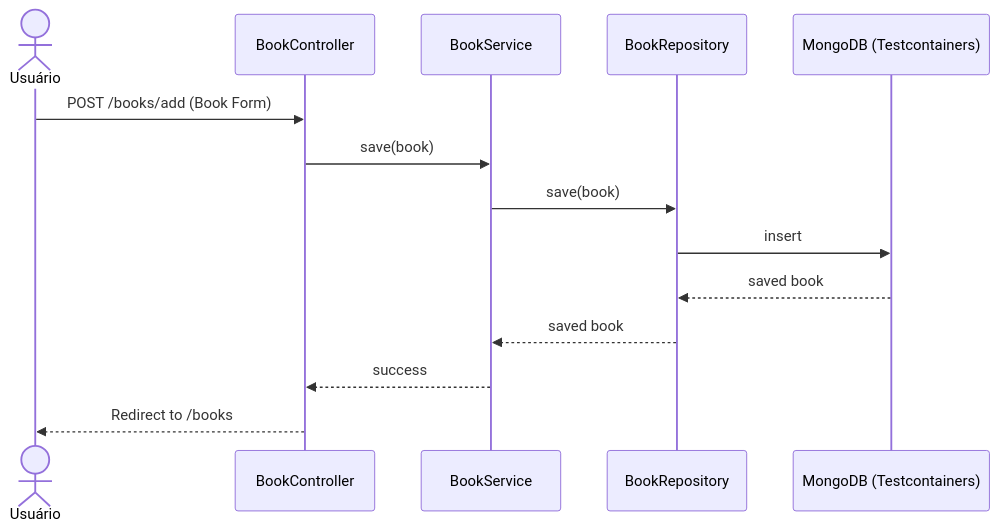
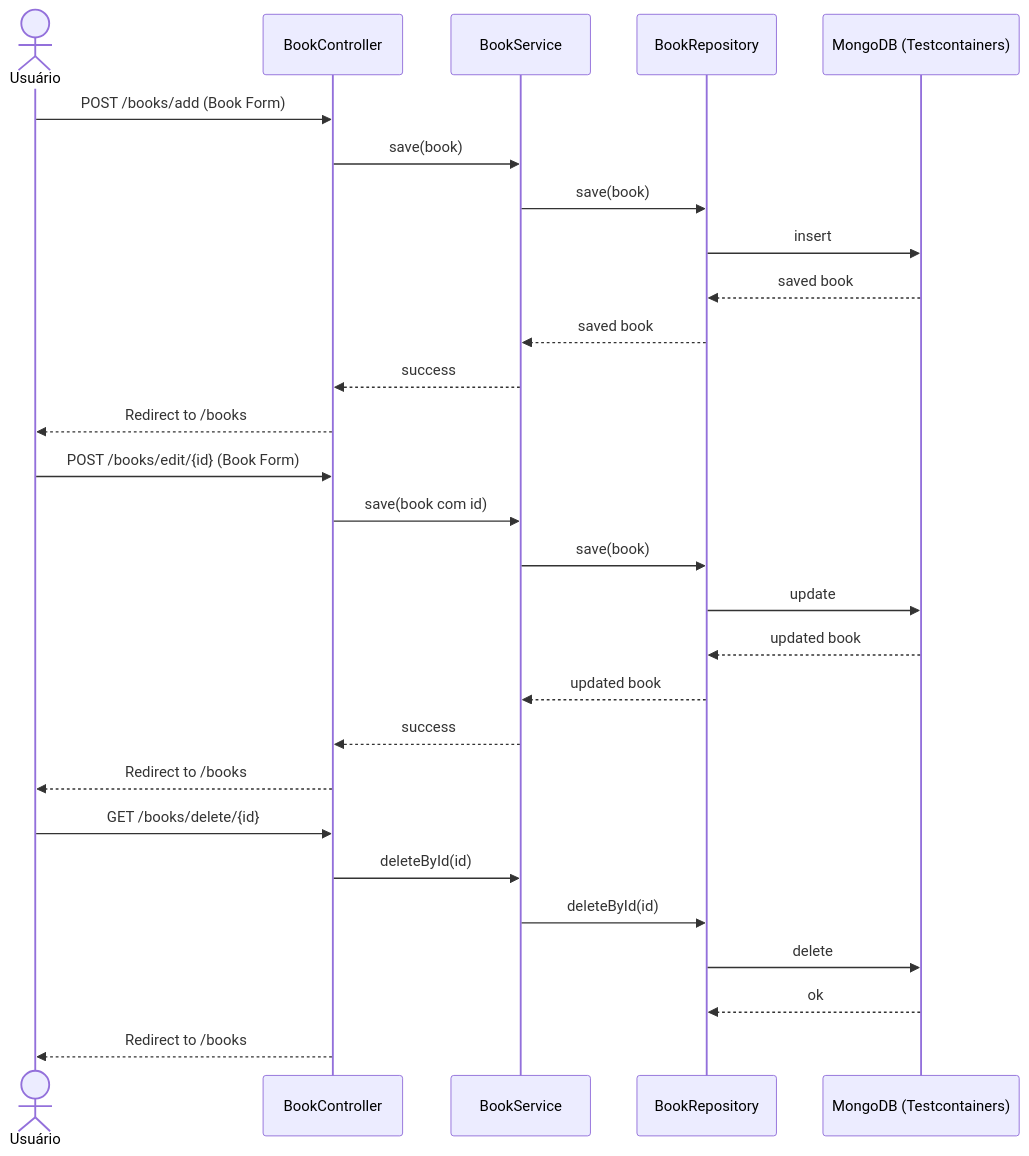
The fourth of 5 diagrams in RTM.md (cintiacarvv/Projeto-QS), drawn with Mermaid before and after one commit. The commit also changed other lines of this file and 2 other files, not shown here.

````diff
--- a/RTM.md
+++ b/RTM.md
@@ -61,17 +79,33 @@
 ```mermaid
 sequenceDiagram
     actor U as Usuário
     participant C as BookController
     participant S as BookService
     participant R as BookRepository
     participant DB as MongoDB (Testcontainers)
 
     U->>C: POST /books/add (Book Form)
     C->>S: save(book)
     S->>R: save(book)
     R->>DB: insert
     DB-->>R: saved book
     R-->>S: saved book
     S-->>C: success
     C-->>U: Redirect to /books
+
+    U->>C: POST /books/edit/{id} (Book Form)
+    C->>S: save(book com id)
+    S->>R: save(book)
+    R->>DB: update
+    DB-->>R: updated book
+    R-->>S: updated book
+    S-->>C: success
+    C-->>U: Redirect to /books
+
+    U->>C: GET /books/delete/{id}
+    C->>S: deleteById(id)
+    S->>R: deleteById(id)
+    R->>DB: delete
+    DB-->>R: ok
+    C-->>U: Redirect to /books
 ```
````
